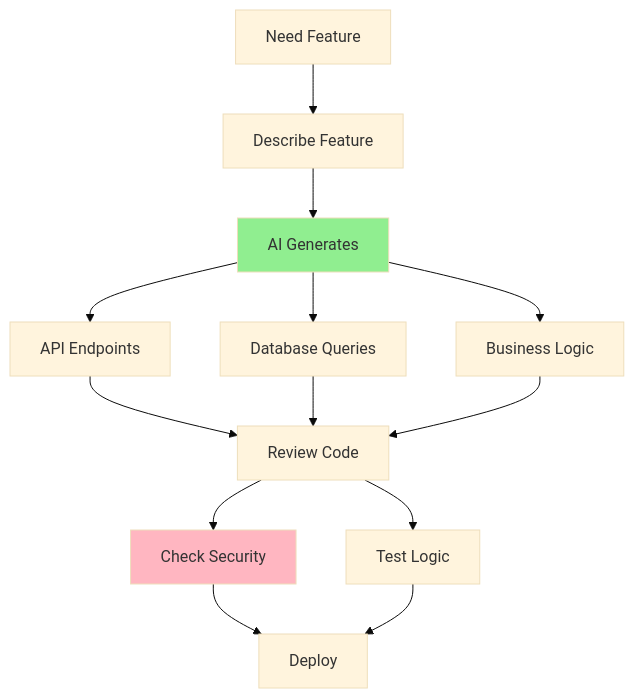
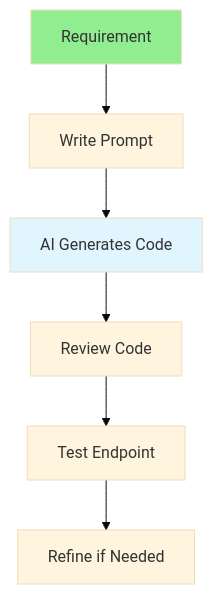
One commit to iouthnamain/tech-note changed the diagram in Full-Stack-Guides/Group-05-AI-Assisted-Coding/05.08_AI_Backend_Development.md. Above: the diagram before and after it, drawn with Mermaid (base theme). The commit also changed other lines of this file and 480 other files, not shown here.

````diff
--- a/Full-Stack-Guides/Group-05-AI-Assisted-Coding/05.08_AI_Backend_Development.md
+++ b/Full-Stack-Guides/Group-05-AI-Assisted-Coding/05.08_AI_Backend_Development.md
@@ -22,21 +22,11 @@
 ```mermaid
 flowchart TD
-    Need[Need Feature] --> Describe[Describe Feature]
-    Describe --> Generate[AI Generates]
-    Generate --> API[API Endpoints]
-    Generate --> DB[Database Queries]
-    Generate --> Logic[Business Logic]
+    Requirement[Requirement] --> Prompt[Write Prompt]
+    Prompt --> Generate[AI Generates Code]
+    Generate --> Review[Review Code]
+    Review --> Test[Test Endpoint]
+    Test --> Refine[Refine if Needed]
     
-    API --> Review[Review Code]
-    DB --> Review
-    Logic --> Review
-    
-    Review --> Security[Check Security]
-    Review --> Test[Test Logic]
-    
-    Security --> Deploy[Deploy]
-    Test --> Deploy
-    
-    style Generate fill:#90EE90
-    style Security fill:#FFB6C1
+    style Requirement fill:#90EE90
+    style Generate fill:#e1f5ff
 ```
````
